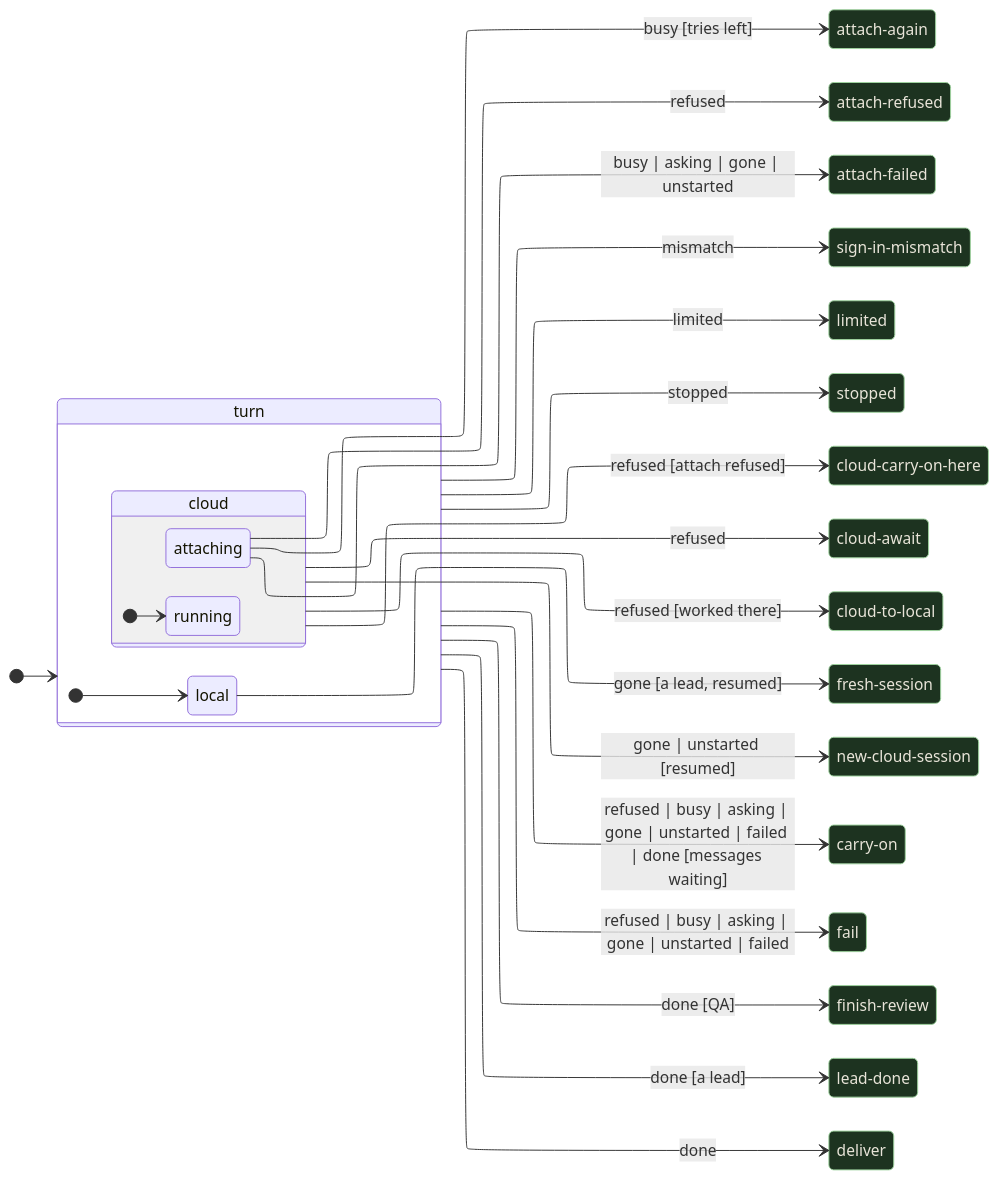
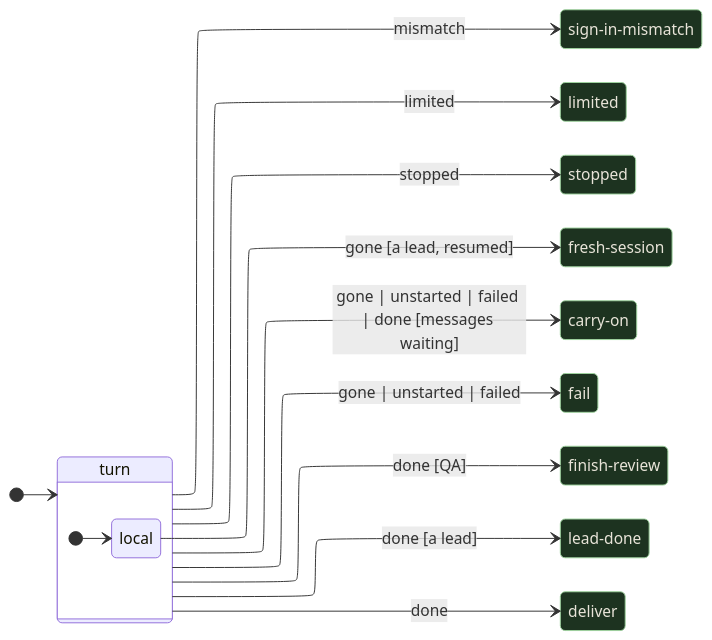
Before and after one commit to jonhilt/focus-hq: the second of 2 diagrams in docs/agents.md, drawn with Mermaid. The commit also changed other lines of this file and 110 other files, not shown here.

````diff
--- a/docs/agents.md
+++ b/docs/agents.md
@@ -84,52 +84,33 @@
 ```mermaid
 ---
 config:
   layout: elk
 ---
 stateDiagram-v2
   direction LR
   state "turn" as run_turn {
     [*] --> run_turn_local
     state "local" as run_turn_local
-    state "cloud" as run_turn_cloud {
-      [*] --> run_turn_cloud_running
-      state "running" as run_turn_cloud_running
-      state "attaching" as run_turn_cloud_attaching
-    }
   }
-  state "attach-again" as run_attach_again
-  state "attach-refused" as run_attach_refused
-  state "attach-failed" as run_attach_failed
   state "sign-in-mismatch" as run_sign_in_mismatch
   state "limited" as run_limited
   state "stopped" as run_stopped
-  state "cloud-carry-on-here" as run_cloud_carry_on_here
-  state "cloud-await" as run_cloud_await
-  state "cloud-to-local" as run_cloud_to_local
   state "fresh-session" as run_fresh_session
-  state "new-cloud-session" as run_new_cloud_session
   state "carry-on" as run_carry_on
   state "fail" as run_fail
   state "finish-review" as run_finish_review
   state "lead-done" as run_lead_done
   state "deliver" as run_deliver
   [*] --> run_turn
   run_turn_local --> run_fresh_session : gone [a lead, resumed]
-  run_turn_cloud_attaching --> run_attach_again : busy [tries left]
-  run_turn_cloud_attaching --> run_attach_failed : busy | asking | gone | unstarted
-  run_turn_cloud_attaching --> run_attach_refused : refused
-  run_turn_cloud --> run_cloud_to_local : refused [worked there]
-  run_turn_cloud --> run_cloud_carry_on_here : refused [attach refused]
-  run_turn_cloud --> run_cloud_await : refused
-  run_turn_cloud --> run_new_cloud_session : gone | unstarted [resumed]
   run_turn --> run_sign_in_mismatch : mismatch
   run_turn --> run_limited : limited
   run_turn --> run_stopped : stopped
-  run_turn --> run_carry_on : refused | busy | asking | gone | unstarted | failed | done [messages waiting]
-  run_turn --> run_fail : refused | busy | asking | gone | unstarted | failed
+  run_turn --> run_carry_on : gone | unstarted | failed | done [messages waiting]
+  run_turn --> run_fail : gone | unstarted | failed
   run_turn --> run_finish_review : done [QA]
   run_turn --> run_lead_done : done [a lead]
   run_turn --> run_deliver : done
   classDef final fill:#1d3320,stroke:#9fd39f,color:#e8e4d8
-  class run_attach_again,run_attach_refused,run_attach_failed,run_sign_in_mismatch,run_limited,run_stopped,run_cloud_carry_on_here,run_cloud_await,run_cloud_to_local,run_fresh_session,run_new_cloud_session,run_carry_on,run_fail,run_finish_review,run_lead_done,run_deliver final
+  class run_sign_in_mismatch,run_limited,run_stopped,run_fresh_session,run_carry_on,run_fail,run_finish_review,run_lead_done,run_deliver final
 ```
````
